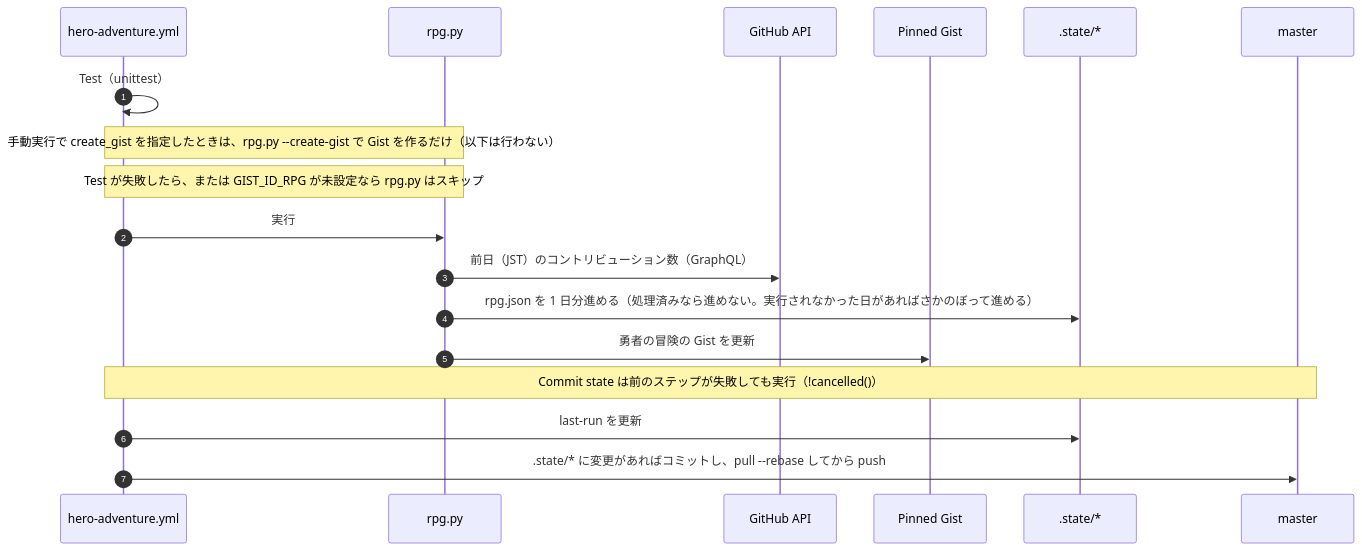
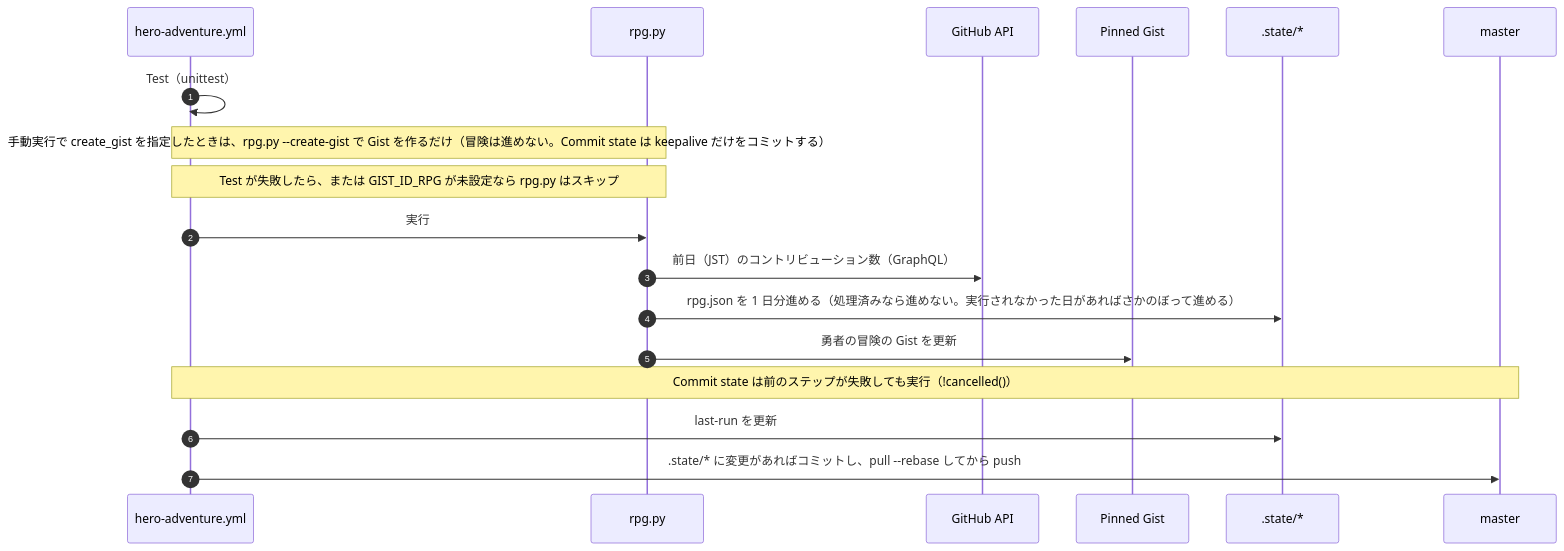
Before and after one commit to ot-nemoto/pinned-gist-maker: the second of 2 diagrams in docs/DATA_FLOW.md, drawn with Mermaid. The commit also changed 4 other files, not shown here.

First line of the commit message:
fix: --create-gist のレビュー指摘を反映

````diff
--- a/docs/DATA_FLOW.md
+++ b/docs/DATA_FLOW.md
@@ -52,21 +52,21 @@
 ```mermaid
 sequenceDiagram
     autonumber
     participant WF as hero-adventure.yml
     participant RP as rpg.py
     participant GH as GitHub API
     participant G as Pinned Gist
     participant S as .state/*
     participant M as master
 
     WF->>WF: Test（unittest）
-    Note over WF,RP: 手動実行で create_gist を指定したときは、rpg.py --create-gist で Gist を作るだけ（以下は行わない）
+    Note over WF,RP: 手動実行で create_gist を指定したときは、rpg.py --create-gist で Gist を作るだけ（冒険は進めない。Commit state は keepalive だけをコミットする）
     Note over WF,RP: Test が失敗したら、または GIST_ID_RPG が未設定なら rpg.py はスキップ
     WF->>RP: 実行
     RP->>GH: 前日（JST）のコントリビューション数（GraphQL）
     RP->>S: rpg.json を 1 日分進める（処理済みなら進めない。実行されなかった日があればさかのぼって進める）
     RP->>G: 勇者の冒険の Gist を更新
     Note over WF,M: Commit state は前のステップが失敗しても実行（!cancelled()）
     WF->>S: last-run を更新
     WF->>M: .state/* に変更があればコミットし、pull --rebase してから push
 ```
````
